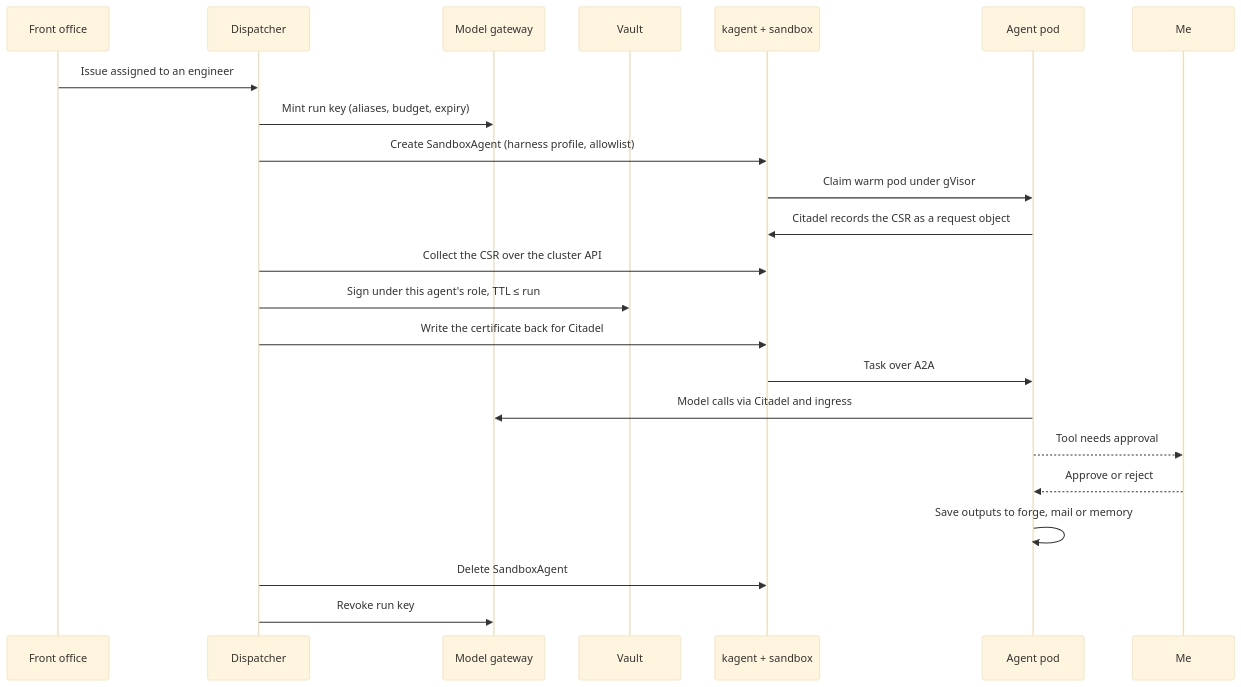
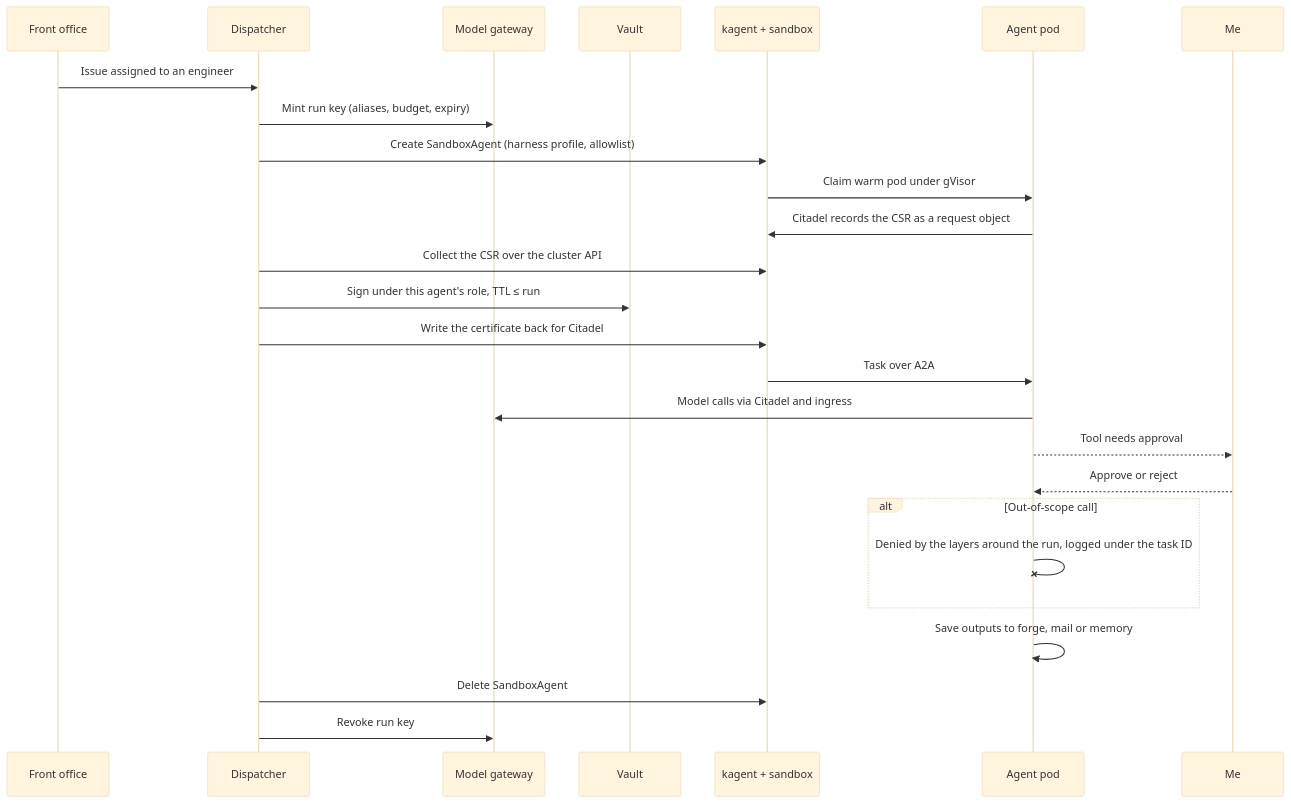
The second of 2 diagrams in src/musings/devlocal-agents-as-tenants.md (beardedeagle/beardedeagle.github.io), drawn with Mermaid (base theme) before and after one commit. The commit also changed other lines of this file and 7 other files, not shown here.

```diff
--- a/src/musings/devlocal-agents-as-tenants.md
+++ b/src/musings/devlocal-agents-as-tenants.md
@@ -138,25 +138,28 @@
 {% mermaid %}
 sequenceDiagram
     participant R as Front office
     participant D as Dispatcher
     participant G as Model gateway
     participant V as Vault
     participant K as kagent + sandbox
     participant P as Agent pod
     participant M as Me
     R->>D: Issue assigned to an engineer
     D->>G: Mint run key (aliases, budget, expiry)
     D->>K: Create SandboxAgent (harness profile, allowlist)
     K->>P: Claim warm pod under gVisor
     P->>K: Citadel records the CSR as a request object
     D->>K: Collect the CSR over the cluster API
     D->>V: Sign under this agent's role, TTL ≤ run
     D->>K: Write the certificate back for Citadel
     K->>P: Task over A2A
     P->>G: Model calls via Citadel and ingress
     P-->>M: Tool needs approval
     M-->>P: Approve or reject
+    alt Out-of-scope call
+        P-xP: Denied by the layers around the run, logged under the task ID
+    end
     P->>P: Save outputs to forge, mail or memory
     D->>K: Delete SandboxAgent
     D->>G: Revoke run key
 {% endmermaid %}
```
